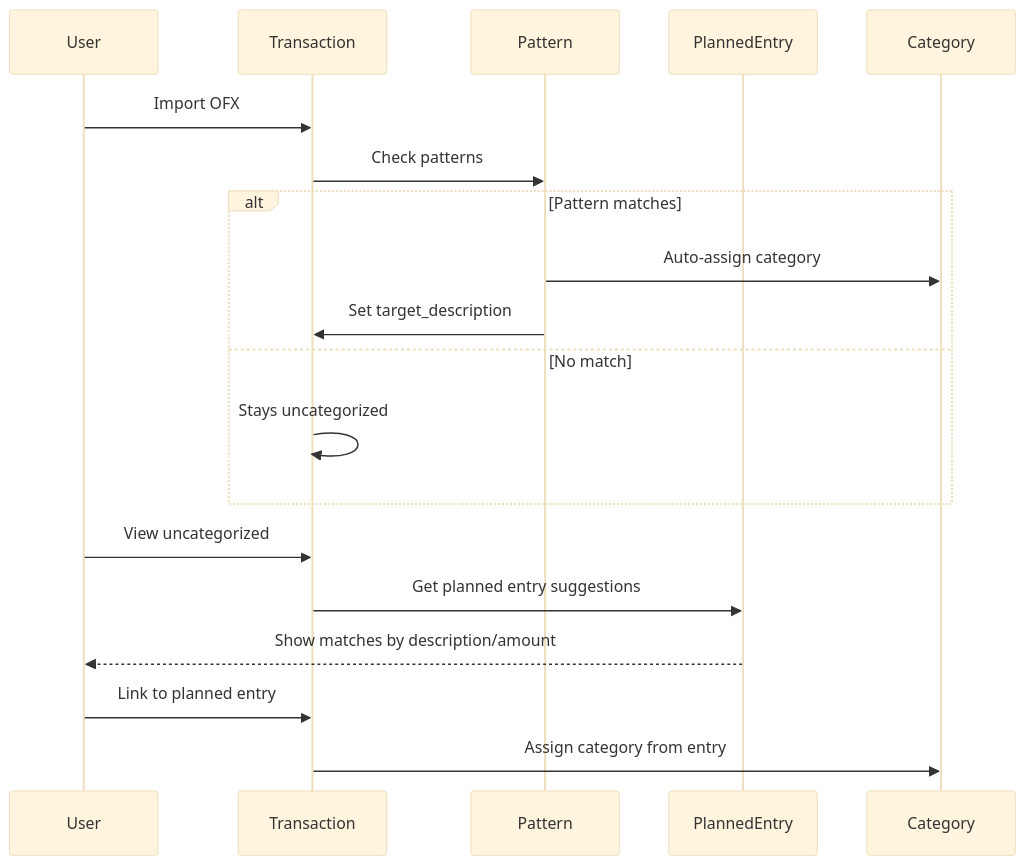
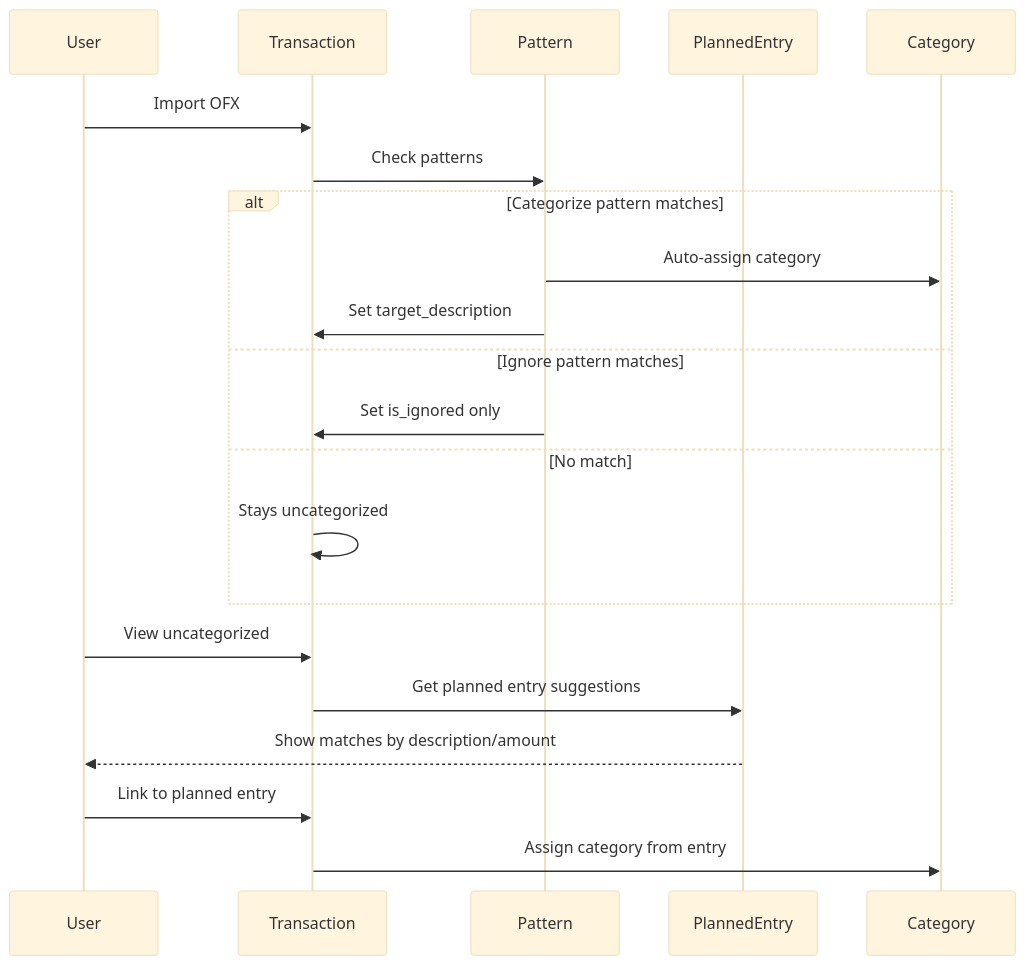
One commit to lucastamoios/celeiro changed the second of 4 diagrams in docs/domains.md. Above: the diagram before and after it, drawn with Mermaid (base theme). The commit also changed other lines of this file and 26 other files, not shown here.

````diff
--- a/docs/domains.md
+++ b/docs/domains.md
@@ -201,23 +205,25 @@
 ```mermaid
 sequenceDiagram
     participant U as User
     participant TX as Transaction
     participant AP as Pattern
     participant PE as PlannedEntry
     participant CAT as Category
 
     U->>TX: Import OFX
     TX->>AP: Check patterns
-    alt Pattern matches
+    alt Categorize pattern matches
         AP->>CAT: Auto-assign category
         AP->>TX: Set target_description
+    else Ignore pattern matches
+        AP->>TX: Set is_ignored only
     else No match
         TX->>TX: Stays uncategorized
     end
 
     U->>TX: View uncategorized
     TX->>PE: Get planned entry suggestions
     PE-->>U: Show matches by description/amount
     U->>TX: Link to planned entry
     TX->>CAT: Assign category from entry
 ```
````
